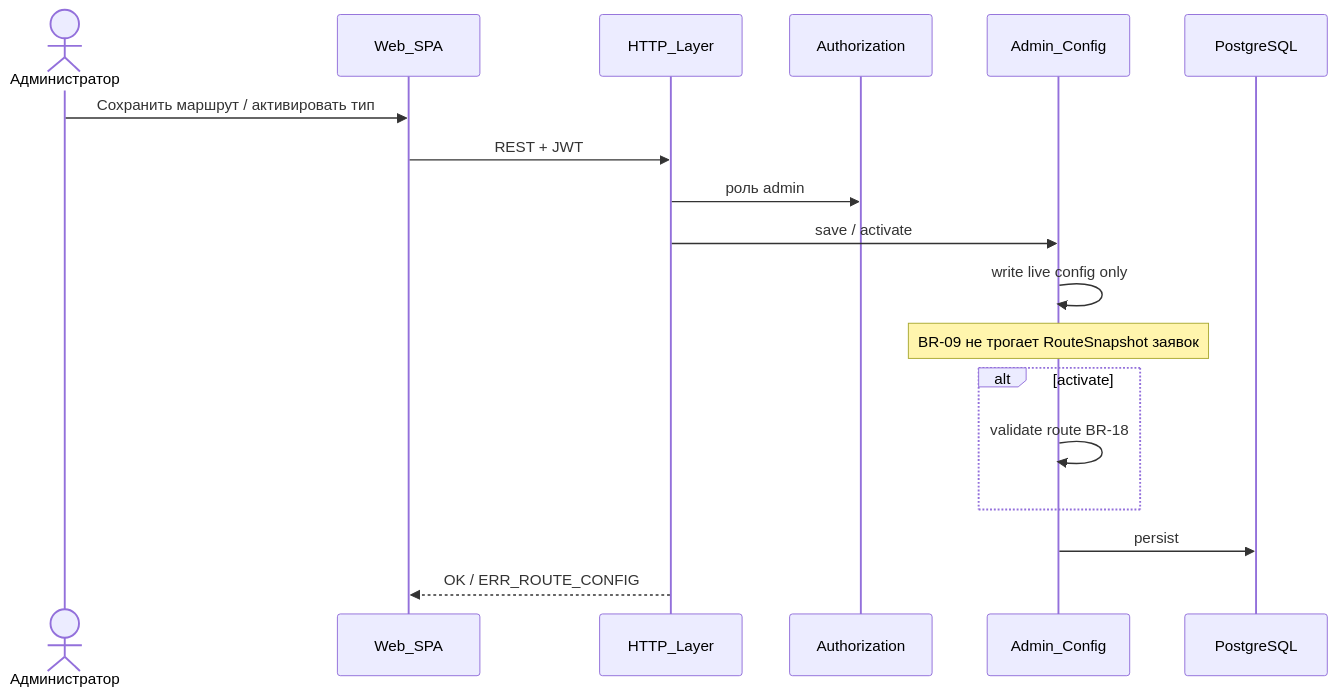
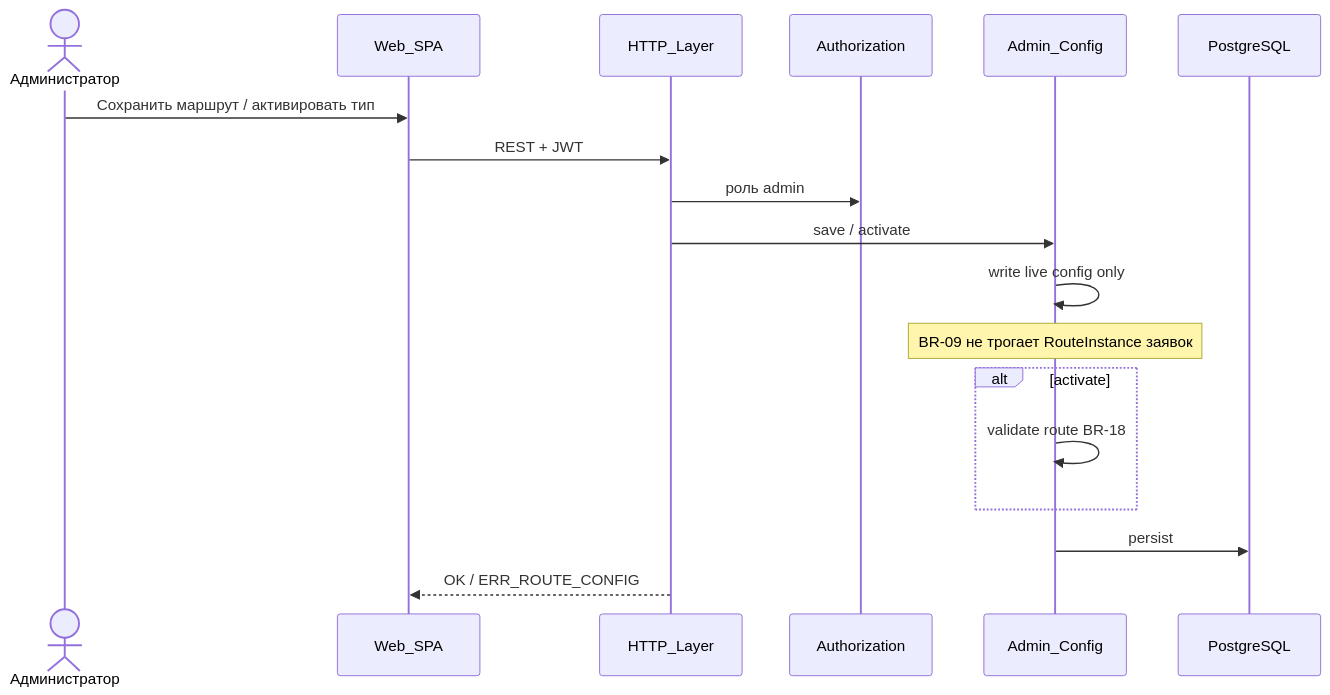
The third of 3 diagrams in docs/03-diagrams/architecture/data-flows.md (egoryasuk96/pet-project-hr-tech-), drawn with Mermaid before and after one commit. The commit also changed other lines of this file and 33 other files, not shown here.

````diff
--- a/docs/03-diagrams/architecture/data-flows.md
+++ b/docs/03-diagrams/architecture/data-flows.md
@@ -133,21 +135,21 @@
 ```mermaid
 sequenceDiagram
   actor Adm as Администратор
   participant Web as Web_SPA
   participant API as HTTP_Layer
   participant AuthZ as Authorization
   participant Cfg as Admin_Config
   participant DB as PostgreSQL
 
   Adm->>Web: Сохранить маршрут / активировать тип
   Web->>API: REST + JWT
   API->>AuthZ: роль admin
   API->>Cfg: save / activate
   Cfg->>Cfg: write live config only
-  Note over Cfg: BR-09 не трогает RouteSnapshot заявок
+  Note over Cfg: BR-09 не трогает RouteInstance заявок
   alt activate
     Cfg->>Cfg: validate route BR-18
   end
   Cfg->>DB: persist
   API-->>Web: OK / ERR_ROUTE_CONFIG
 ```
````
